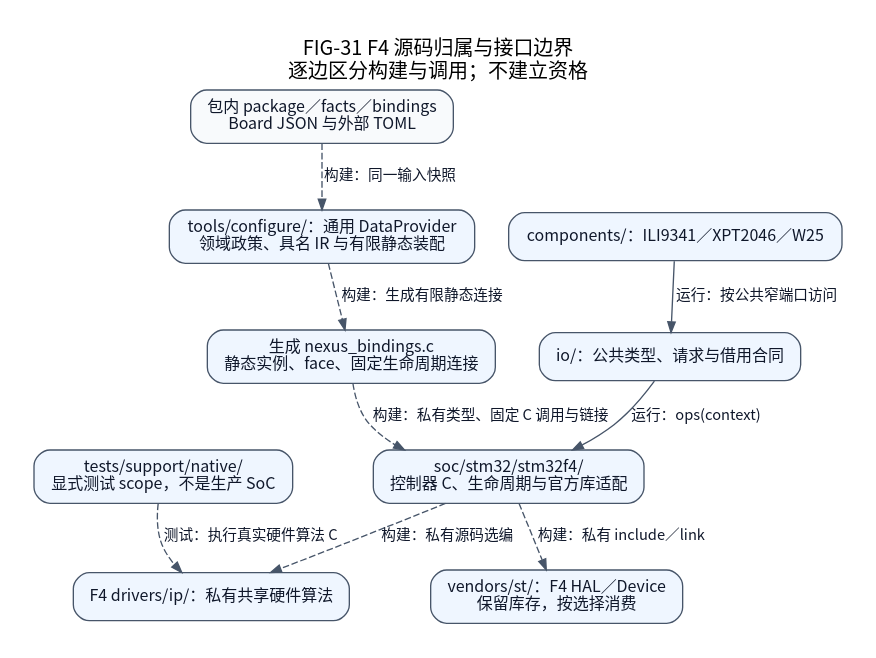
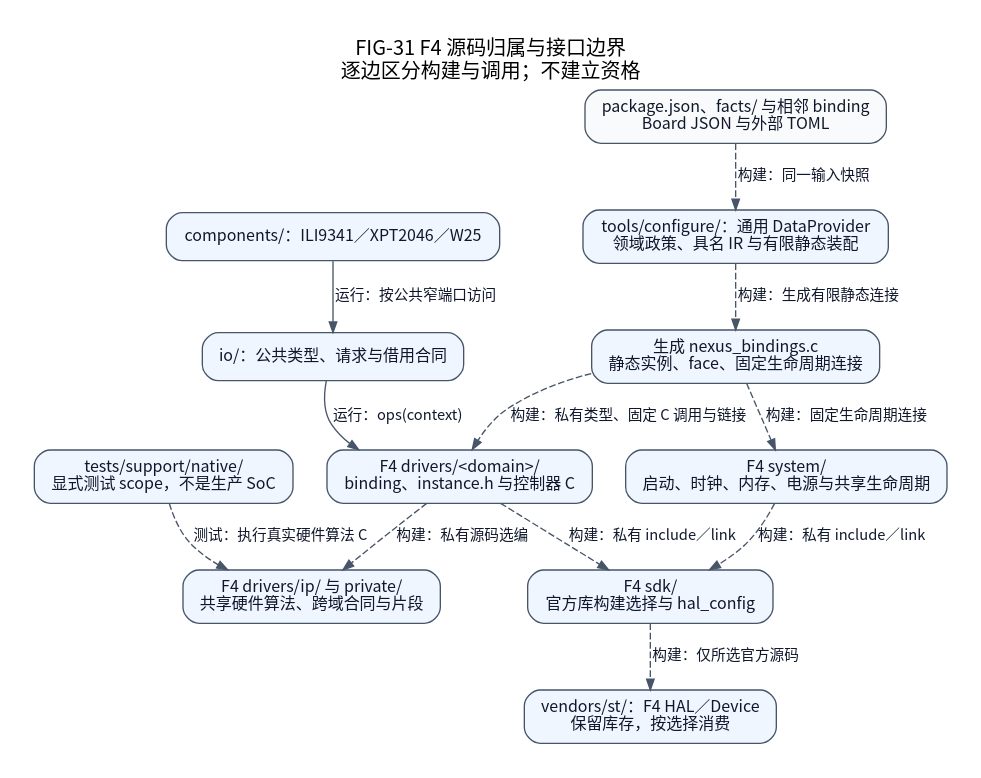
Before and after one commit to X-Gen-Lab/nexus: the diagram in docs/assets/diagrams/localized/zh_CN/driver-source-ownership.dot, drawn with Graphviz. The commit also changed 935 other files, not shown here.

Commit message:
refactor(soc): organize STM32F4 package by responsibility

```diff
--- a/docs/assets/diagrams/localized/zh_CN/driver-source-ownership.dot
+++ b/docs/assets/diagrams/localized/zh_CN/driver-source-ownership.dot
@@ -1,24 +1,29 @@
 // Current scoped view. Build-time arrows and runtime calls are labeled explicitly.
 // Code basis: soc/stm32/stm32f4/CMakeLists.txt; tools/configure/data_provider.py; bindings.py; tests/support/native/CMakeLists.txt; io/include/nexus/io
 digraph F4SourceOwnership {
     graph [label="FIG-31 F4 源码归属与接口边界\n逐边区分构建与调用；不建立资格", rankdir=TB, bgcolor="white", pad=0.25, nodesep=0.35, ranksep=0.52, fontname="Noto Sans CJK SC", fontsize=15, labelloc=t];
     node [shape=box, style="rounded,filled", fillcolor="#eff6ff", color="#475569", fontcolor="#0f172a", fontname="Noto Sans CJK SC", fontsize=12, margin="0.16,0.10"];
     edge [color="#475569", fontcolor="#0f172a", fontname="Noto Sans CJK SC", fontsize=11, arrowsize=0.8];
     io [label="io/：公共类型、请求与借用合同"];
-    f4 [label="soc/stm32/stm32f4/\n控制器 C、生命周期与官方库适配"];
-    ip [label="F4 drivers/ip/：私有共享硬件算法"];
+    f4 [label="F4 drivers/<domain>/\nbinding、instance.h 与控制器 C"];
+    system [label="F4 system/\n启动、时钟、内存、电源与共享生命周期"];
+    ip [label="F4 drivers/ip/ 与 private/\n共享硬件算法、跨域合同与片段"];
+    sdk [label="F4 sdk/\n官方库构建选择与 hal_config"];
     vendor [label="vendors/st/：F4 HAL／Device\n保留库存，按选择消费"];
     host [label="tests/support/native/\n显式测试 scope，不是生产 SoC"];
     components [label="components/：ILI9341／XPT2046／W25"];
-    facts [label="包内 package／facts／bindings\nBoard JSON 与外部 TOML", fillcolor="#f8fafc"];
+    facts [label="package.json、facts/ 与相邻 binding\nBoard JSON 与外部 TOML", fillcolor="#f8fafc"];
     config [label="tools/configure/：通用 DataProvider\n领域政策、具名 IR 与有限静态装配"];
     assembly [label="生成 nexus_bindings.c\n静态实例、face、固定生命周期连接"];
     components -> io [label="运行：按公共窄端口访问"];
     io -> f4 [label="运行：ops(context)"];
     f4 -> ip [label="构建：私有源码选编", style=dashed];
-    f4 -> vendor [label="构建：私有 include／link", style=dashed];
+    f4 -> sdk [label="构建：私有 include／link", style=dashed];
+    system -> sdk [label="构建：私有 include／link", style=dashed];
+    sdk -> vendor [label="构建：仅所选官方源码", style=dashed];
     host -> ip [label="测试：执行真实硬件算法 C", style=dashed];
     facts -> config [label="构建：同一输入快照", style=dashed];
     config -> assembly [label="构建：生成有限静态连接", style=dashed];
     assembly -> f4 [label="构建：私有类型、固定 C 调用与链接", style=dashed];
+    assembly -> system [label="构建：固定生命周期连接", style=dashed];
 }
```
